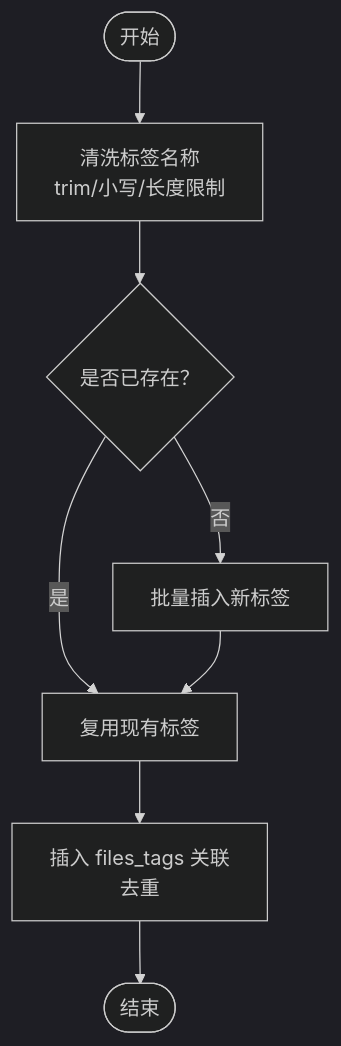
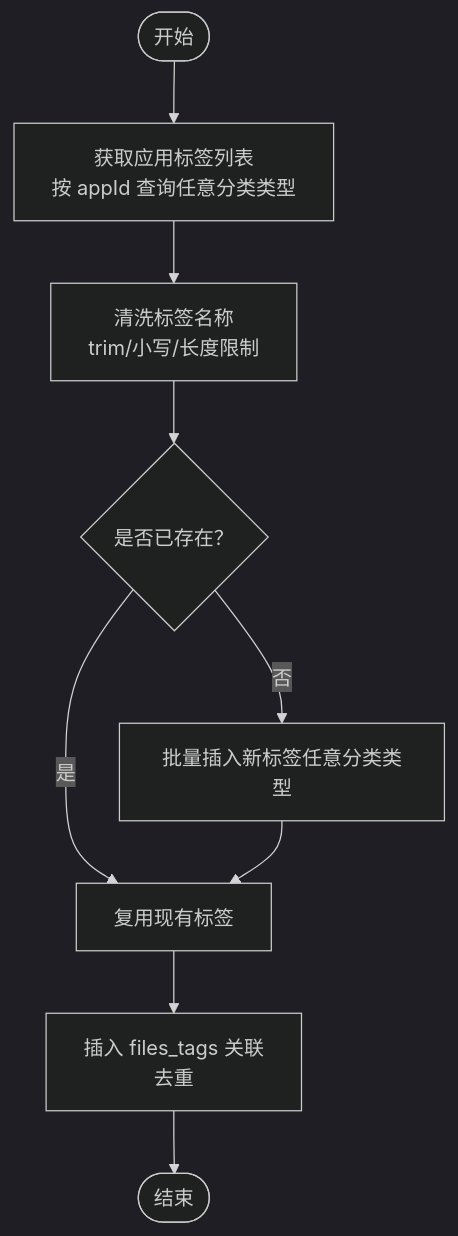
Before and after one commit to RadiumAg/image-saas: the fourth of 9 diagrams in .qoder/repowiki/zh/content/核心功能模块/标签管理系统.md, drawn with Mermaid (dark theme). The commit also changed other lines of this file and 6 other files, not shown here.

````diff
--- a/.qoder/repowiki/zh/content/核心功能模块/标签管理系统.md
+++ b/.qoder/repowiki/zh/content/核心功能模块/标签管理系统.md
@@ -190,10 +227,11 @@
 ```mermaid
 flowchart TD
-Start(["开始"]) --> Clean["清洗标签名称<br/>trim/小写/长度限制"]
+Start(["开始"]) --> GetAppTags["获取应用标签列表<br/>按 appId 查询任意分类类型"]
+GetAppTags --> Clean["清洗标签名称<br/>trim/小写/长度限制"]
 Clean --> Exists{"是否已存在？"}
 Exists --> |是| UseExisting["复用现有标签"]
-Exists --> |否| Insert["批量插入新标签"]
+Exists --> |否| Insert["批量插入新标签任意分类类型"]
 Insert --> UseExisting
 UseExisting --> Link["插入 files_tags 关联<br/>去重"]
 Link --> Done(["结束"])
 ```
````
